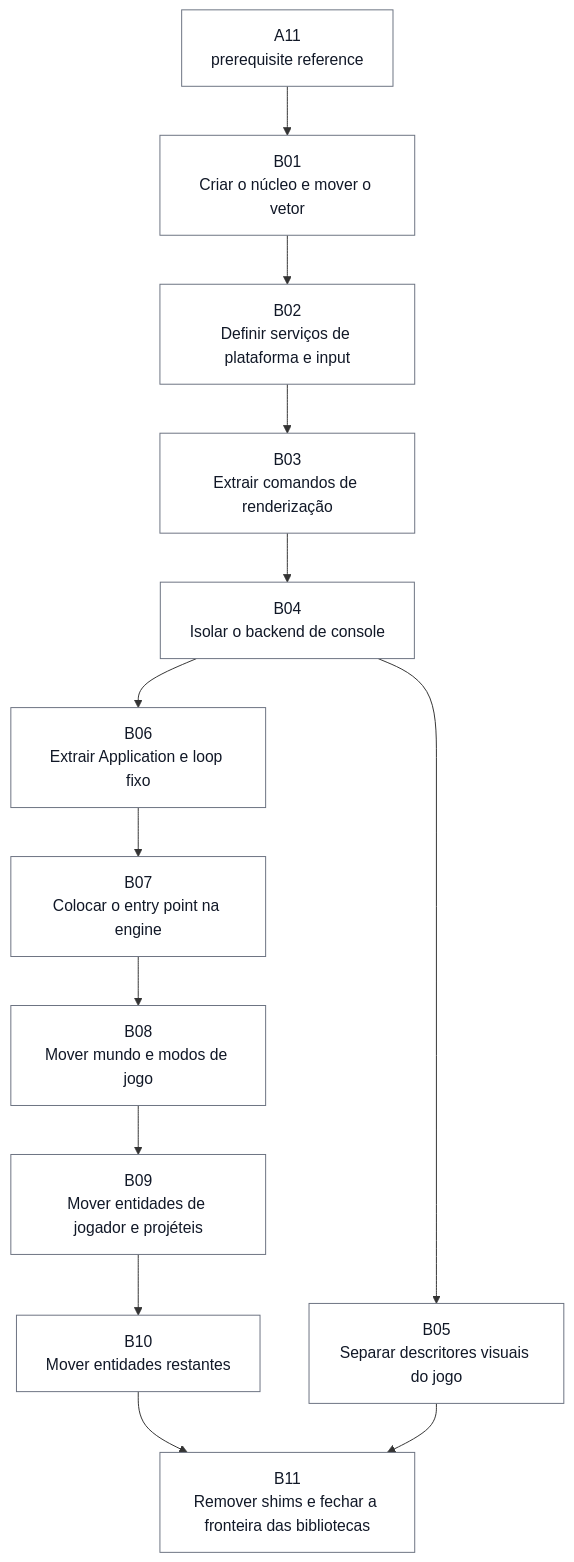
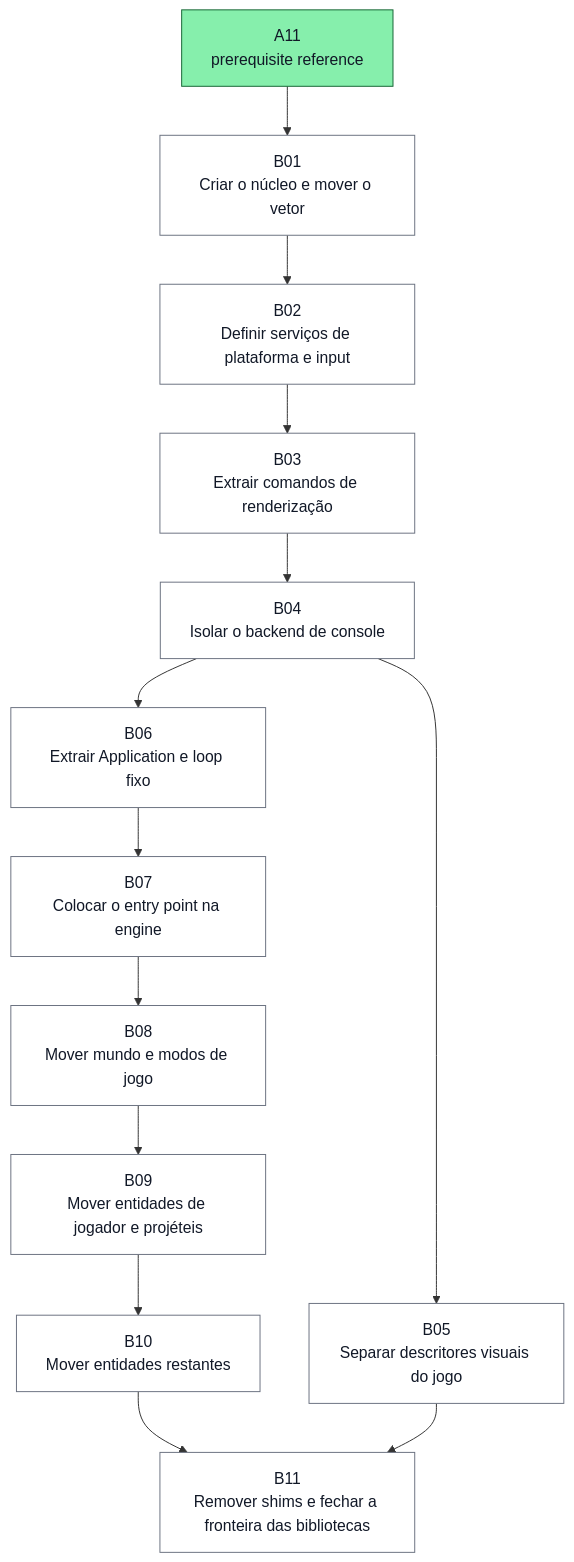
The third of 27 diagrams in docs/task-dependencies.md (ocarizr/spaceraiders), drawn with Mermaid before and after one commit. The commit also changed other lines of this file and 9 other files, not shown here.

````diff
--- a/docs/task-dependencies.md
+++ b/docs/task-dependencies.md
@@ -153,30 +154,30 @@
 ```mermaid
 flowchart TD
-    ref_B_A11["A11<br/>prerequisite reference"]:::pending
+    ref_B_A11["A11<br/>prerequisite reference"]:::ready
     B01["B01<br/>Criar o núcleo e mover o vetor"]:::pending
     B02["B02<br/>Definir serviços de plataforma e input"]:::pending
     B03["B03<br/>Extrair comandos de renderização"]:::pending
     B04["B04<br/>Isolar o backend de console"]:::pending
     B05["B05<br/>Separar descritores visuais do jogo"]:::pending
     B06["B06<br/>Extrair Application e loop fixo"]:::pending
     B07["B07<br/>Colocar o entry point na engine"]:::pending
     B08["B08<br/>Mover mundo e modos de jogo"]:::pending
     B09["B09<br/>Mover entidades de jogador e projéteis"]:::pending
     B10["B10<br/>Mover entidades restantes"]:::pending
     B11["B11<br/>Remover shims e fechar a fronteira das bibliotecas"]:::pending
     ref_B_A11 --> B01
     B01 --> B02
     B02 --> B03
     B03 --> B04
     B04 --> B05
     B04 --> B06
     B06 --> B07
     B07 --> B08
     B08 --> B09
     B09 --> B10
     B10 --> B11
     B05 --> B11
     classDef pending fill:#ffffff,stroke:#6b7280,color:#111827
     classDef ready fill:#86efac,stroke:#166534,color:#111827
     classDef done fill:#f87171,stroke:#991b1b,color:#111827
 ```
````
